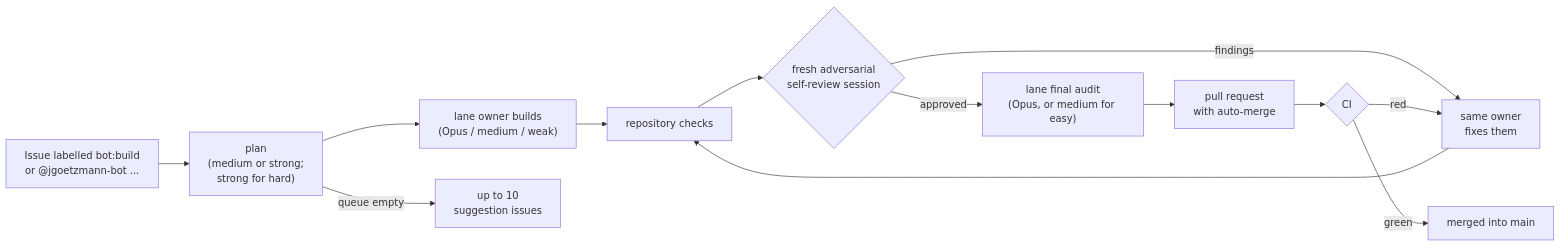
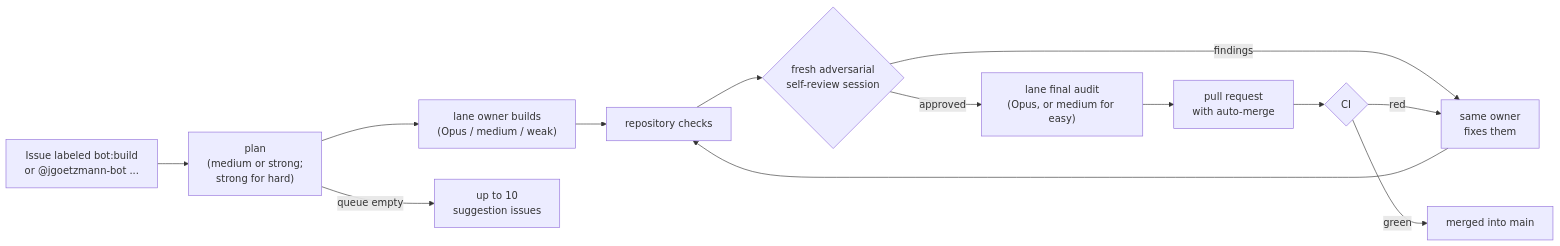
The second of 2 diagrams in README.md (Jlore-Studios/JackiOh), drawn with Mermaid before and after one commit. The commit also changed 915 other files, not shown here.

````diff
--- a/README.md
+++ b/README.md
@@ -113,14 +113,14 @@
 ```mermaid
 flowchart LR
-  A["Issue labelled bot:build<br/>or @jgoetzmann-bot ..."] --> P["plan<br/>(medium or strong;<br/>strong for hard)"]
+  A["Issue labeled bot:build<br/>or @jgoetzmann-bot ..."] --> P["plan<br/>(medium or strong;<br/>strong for hard)"]
   P --> C["lane owner builds<br/>(Opus / medium / weak)"]
   C --> D["repository checks"]
   D --> E{"fresh adversarial<br/>self-review session"}
   E -- "findings" --> F["same owner<br/>fixes them"] --> D
   E -- "approved" --> FA["lane final audit<br/>(Opus, or medium for easy)"]
   FA --> G["pull request<br/>with auto-merge"]
   G --> H{"CI"}
   H -- "green" --> I["merged into main"]
   H -- "red" --> F
   P -- "queue empty" --> J["up to 10<br/>suggestion issues"]
 ```
````
